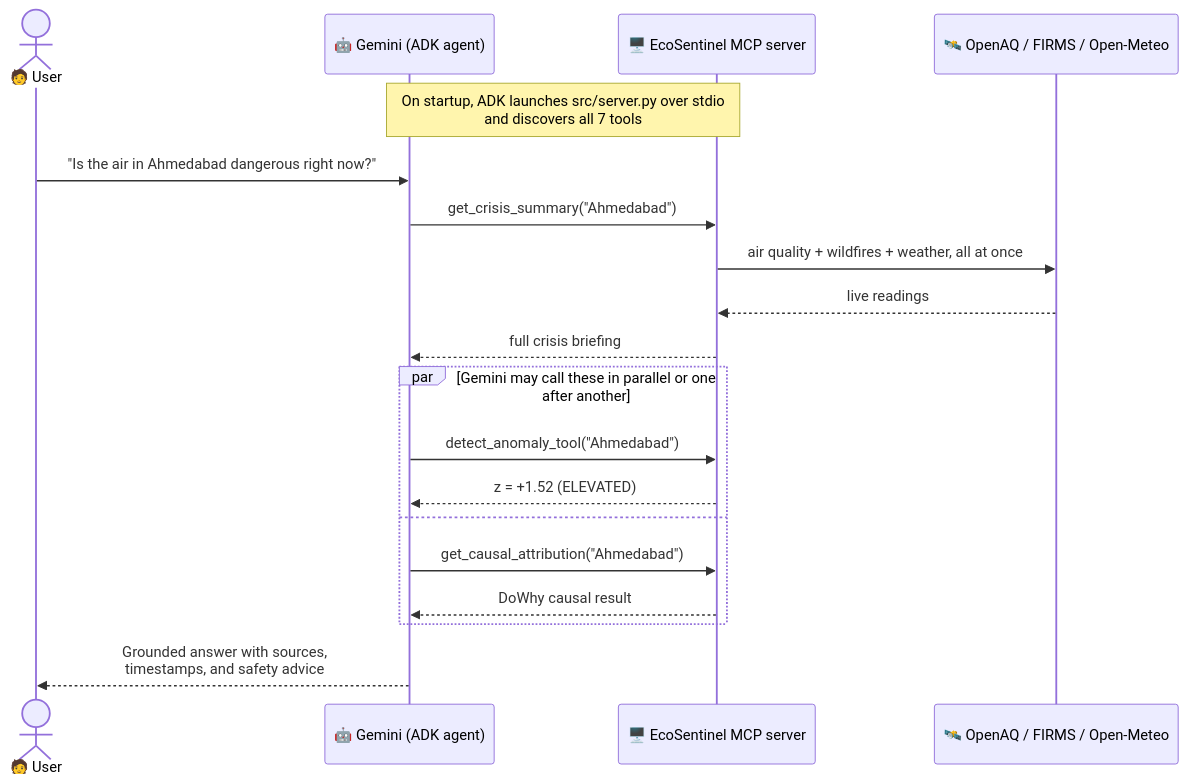
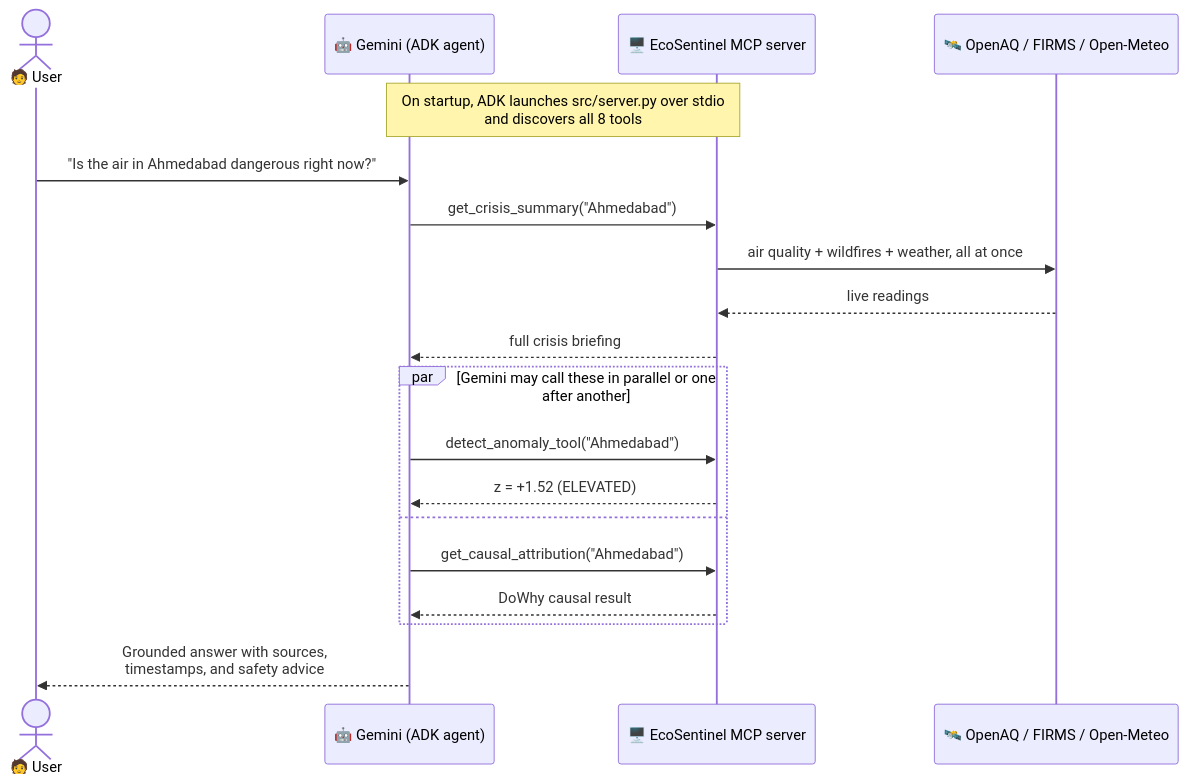
Before and after one commit to maahipatel05/ecosentinel: diagram 13 of 18 in README.md, drawn with Mermaid. The commit also changed other lines of this file and 11 other files, not shown here.

````diff
--- a/README.md
+++ b/README.md
@@ -490,22 +515,22 @@
 ```mermaid
 sequenceDiagram
     actor U as 🧑 User
     participant G as 🤖 Gemini (ADK agent)
     participant S as 🖥️ EcoSentinel MCP server
     participant API as 🛰️ OpenAQ / FIRMS / Open-Meteo
 
-    Note over G,S: On startup, ADK launches src/server.py over stdio<br/>and discovers all 7 tools
+    Note over G,S: On startup, ADK launches src/server.py over stdio<br/>and discovers all 8 tools
     U->>G: "Is the air in Ahmedabad dangerous right now?"
     G->>S: get_crisis_summary("Ahmedabad")
     S->>API: air quality + wildfires + weather, all at once
     API-->>S: live readings
     S-->>G: full crisis briefing
     par Gemini may call these in parallel or one after another
         G->>S: detect_anomaly_tool("Ahmedabad")
         S-->>G: z = +1.52 (ELEVATED)
     and
         G->>S: get_causal_attribution("Ahmedabad")
         S-->>G: DoWhy causal result
     end
     G-->>U: Grounded answer with sources,<br/>timestamps, and safety advice
 ```
````
